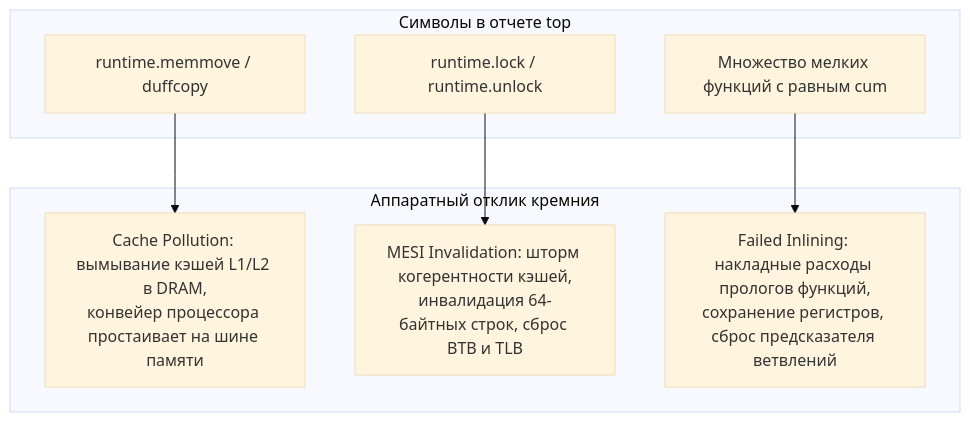
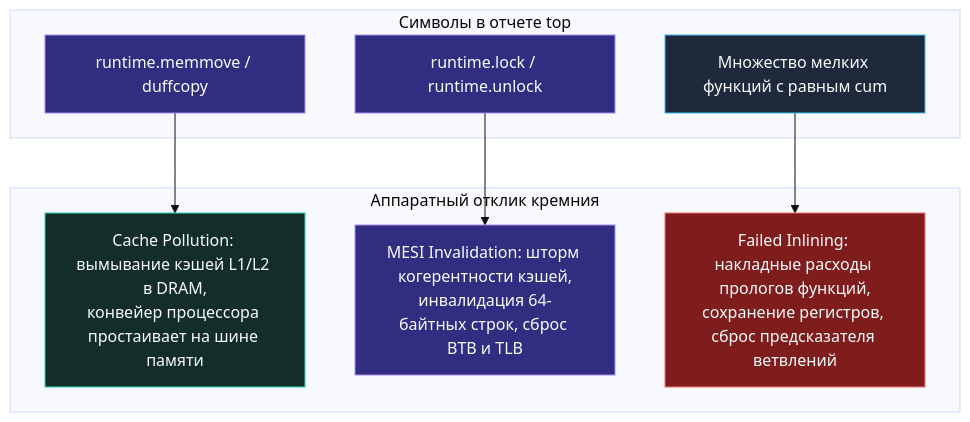
One commit to UnrealTemplier/go-textbook changed the third of 3 diagrams in sources/16. Профилирование, отладка и производительность/03. CPU profiling/4. Top functions анализ.md. Above: the diagram before and after it, drawn with Mermaid (base theme). The commit also changed other lines of this file and 1666 other files, not shown here.

First line of the commit message:
feat(mermaid): add semantic color classDef to 1369 colorless flowchart/graph diagrams

````diff
--- a/sources/16. Профилирование, отладка и производительность/03. CPU profiling/4. Top functions анализ.md
+++ b/sources/16. Профилирование, отладка и производительность/03. CPU profiling/4. Top functions анализ.md
@@ -285,18 +305,28 @@
 ```mermaid
 flowchart TD
+    classDef process  fill:#1e293b,stroke:#38bdf8,stroke-width:1px,color:#f8fafc
+    classDef success  fill:#064e3b,stroke:#34d399,stroke-width:1px,color:#f8fafc
+    classDef error    fill:#7f1d1d,stroke:#f87171,stroke-width:1px,color:#f8fafc
+    classDef warning  fill:#78350f,stroke:#fbbf24,stroke-width:1px,color:#f8fafc
+    classDef entry    fill:#1e3a5f,stroke:#38bdf8,stroke-width:2px,color:#f8fafc
+    classDef aux      fill:#334155,stroke:#64748b,stroke-width:1px,color:#f8fafc
+    classDef system   fill:#312e81,stroke:#a78bfa,stroke-width:1px,color:#f8fafc
+    classDef data     fill:#132d29,stroke:#2dd4bf,stroke-width:1px,color:#f8fafc
+    classDef network  fill:#881337,stroke:#fb7185,stroke-width:1px,color:#f8fafc
+    classDef accent   fill:#1e1b4b,stroke:#818cf8,stroke-width:1px,color:#f8fafc
     subgraph TopSymbols["Символы в отчете top"]
-        T1["runtime.memmove / duffcopy"]
-        T2["runtime.lock / runtime.unlock"]
-        T3["Множество мелких функций с равным cum"]
+        T1["runtime.memmove / duffcopy"]:::system
+        T2["runtime.lock / runtime.unlock"]:::system
+        T3["Множество мелких функций с равным cum"]:::process
     end
 
     subgraph HardwareStall["Аппаратный отклик кремния"]
-        H1["Cache Pollution: вымывание кэшей L1/L2 в DRAM,<br>конвейер процессора простаивает на шине памяти"]
-        H2["MESI Invalidation: шторм когерентности кэшей,<br>инвалидация 64-байтных строк, сброс BTB и TLB"]
-        H3["Failed Inlining: накладные расходы прологов функций,<br>сохранение регистров, сброс предсказателя ветвлений"]
+        H1["Cache Pollution: вымывание кэшей L1/L2 в DRAM,<br>конвейер процессора простаивает на шине памяти"]:::data
+        H2["MESI Invalidation: шторм когерентности кэшей,<br>инвалидация 64-байтных строк, сброс BTB и TLB"]:::system
+        H3["Failed Inlining: накладные расходы прологов функций,<br>сохранение регистров, сброс предсказателя ветвлений"]:::error
     end
 
     T1 --> H1
     T2 --> H2
     T3 --> H3
 ```
````
